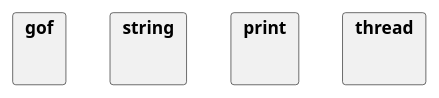
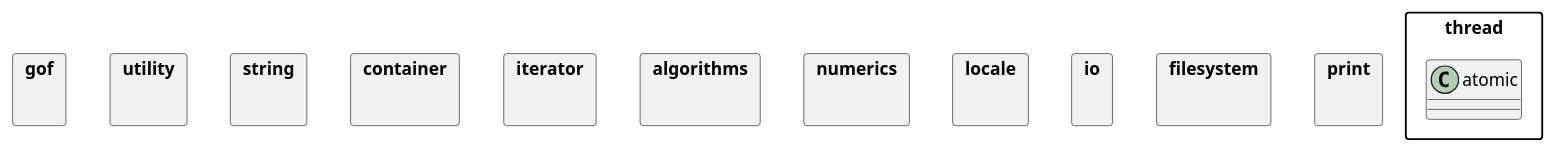
The second of 2 diagrams in markcore/readme.md (unihykes/mark), drawn with PlantUML before and after one commit. The commit also changed other lines of this file and 7 other files, not shown here.

````diff
--- a/markcore/readme.md
+++ b/markcore/readme.md
@@ -35,15 +35,43 @@
 ```plantuml
 skinparam packageStyle rect
 
 package gof{
     
 }
+
+package utility{
+}
+
 package string{
+}
+
+package container{
+}
+
+package iterator{
+}
+
+package algorithms{
+}
+
+package numerics {
+}
+
+
+package locale{
+}
+
+package io{
+    
+}
+
+package filesystem{
 }
 
 package print{
 }
 
 package thread{
+    class atomic
 }
 ```
````
